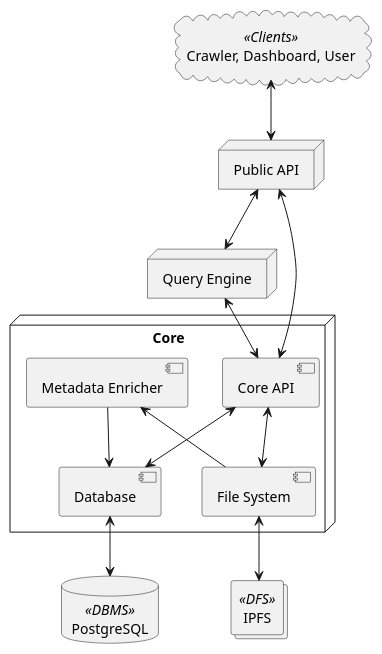
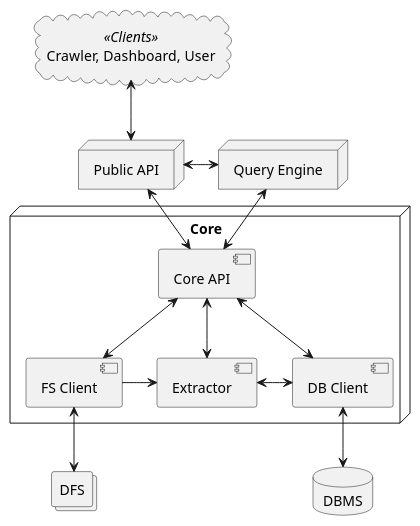
One commit to ComLaKe/core changed the diagram in report/diagrams/arch.puml. Above: the diagram before and after it, drawn with PlantUML. The commit also changed 4 other files, not shown here.

```diff
--- a/report/diagrams/arch.puml
+++ b/report/diagrams/arch.puml
@@ -1,29 +1,30 @@
 @startuml
 node Core {
-    component Database as meta
-    component "File System" as files
+    component "DB Client" as meta
+    component "FS Client" as files
     component "Core API" as http
-    component "Metadata Enricher" as enrich
+    component Extractor as extract
 }
 
-collections IPFS <<DFS>>
-files <--> IPFS
+collections DFS
+files <--> DFS
 
-database PostgreSQL <<DBMS>>
-meta <--> PostgreSQL
+database DBMS
+meta <--> DBMS
 
 http <--> files
 http <--> meta
-enrich <-- files
-enrich --> meta
+http <--> extract
+extract <-left- files
+extract <-right-> meta
 
 node "Query Engine" as query
 query <--> http
 
 node "Public API" as api
-api <--> query
+api <-right-> query
 api <--> http
 
 cloud "Crawler, Dashboard, User" as client <<Clients>>
 client <--> api
 @enduml
```
